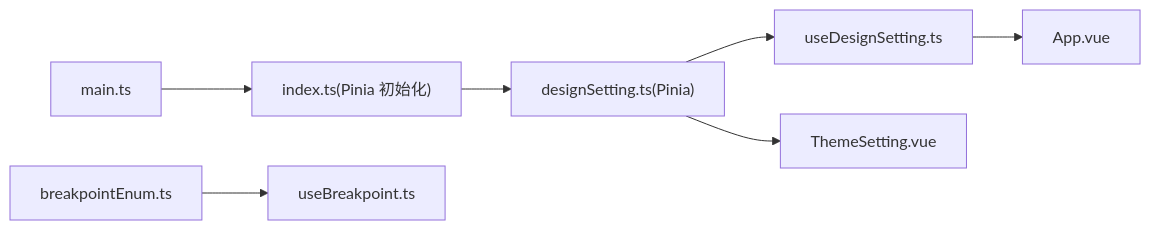
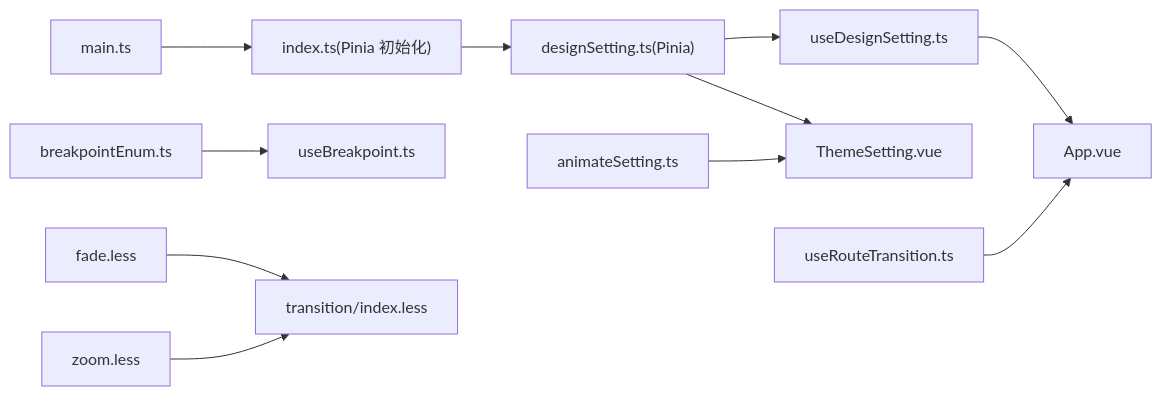
Before and after one commit to giserman001/vue3-vant4-mobile: the sixth of 6 diagrams in .qoder/repowiki/zh/content/核心系统/状态管理系统/设计设置状态.md, drawn with Mermaid. The commit also changed other lines of this file and 13 other files, not shown here.

````diff
--- a/.qoder/repowiki/zh/content/核心系统/状态管理系统/设计设置状态.md
+++ b/.qoder/repowiki/zh/content/核心系统/状态管理系统/设计设置状态.md
@@ -277,9 +329,13 @@
 ```mermaid
 graph LR
 MAIN["main.ts"] --> STORE_INIT["index.ts(Pinia 初始化)"]
 STORE_INIT --> STORE["designSetting.ts(Pinia)"]
 STORE --> HOOK["useDesignSetting.ts"]
 HOOK --> APP["App.vue"]
 STORE --> VIEW["ThemeSetting.vue"]
 ENUM["breakpointEnum.ts"] --> BP["useBreakpoint.ts"]
+RT["useRouteTransition.ts"] --> APP
+ANIMATE["animateSetting.ts"] --> VIEW
+FADE["fade.less"] --> TRANS["transition/index.less"]
+ZOOM["zoom.less"] --> TRANS
 ```
````
